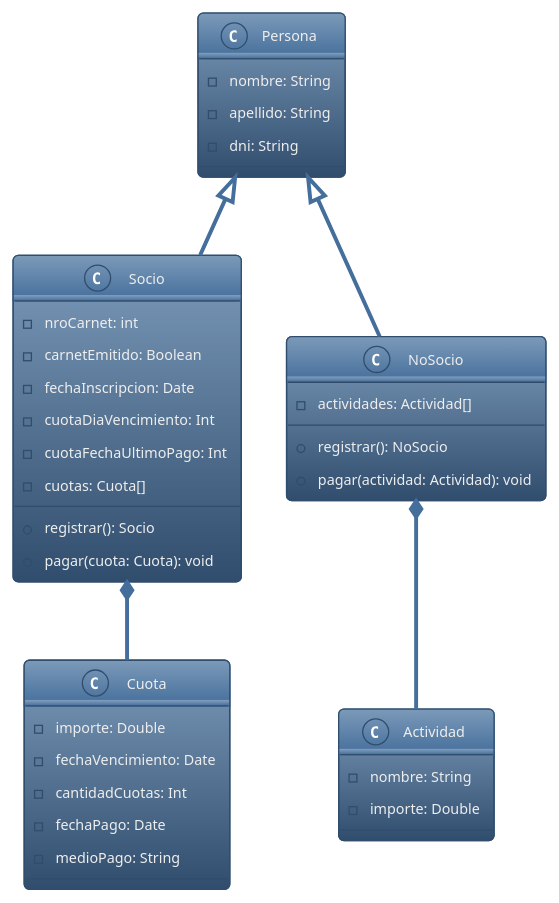
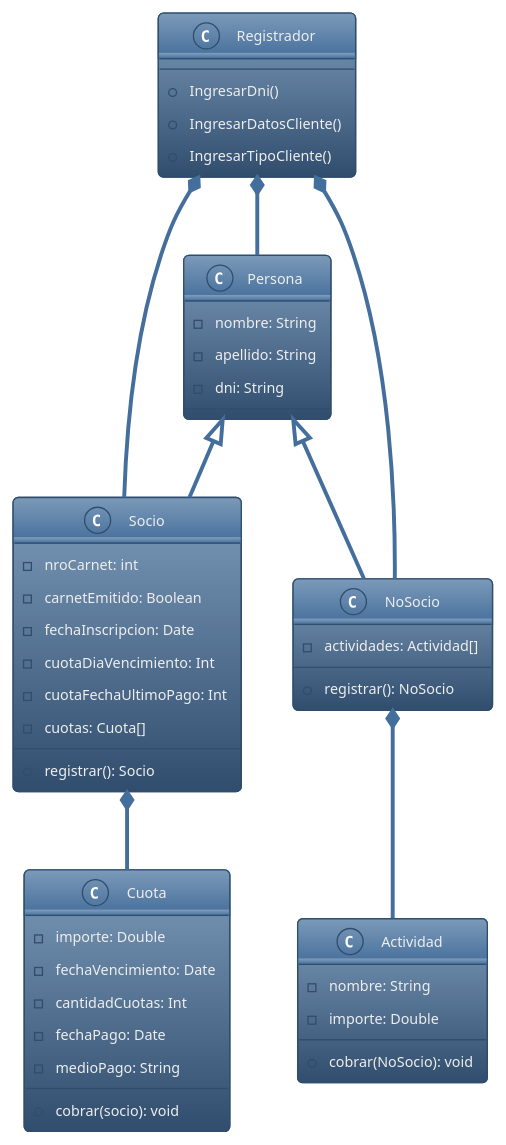
The first of 2 diagrams in tpi/tp-integradoc.adoc (itfs29/2024-modelado), drawn with PlantUML before and after one commit. The commit also changed other lines of this file and 2 other files, not shown here.

```diff
--- a/tpi/tp-integradoc.adoc
+++ b/tpi/tp-integradoc.adoc
@@ -39,52 +39,62 @@
 [plantuml, target=i880841834, svg]
 ....
 @startuml
 
 !theme spacelab
+
+class Registrador {
+    +IngresarDni()
+    +IngresarDatosCliente()
+    +IngresarTipoCliente()
+}
+
+Registrador *-- Persona
+Registrador *-- Socio
+Registrador *-- NoSocio
 
 class Persona {
     -nombre: String
     -apellido: String
     -dni: String
 }
 
 class Socio {
     -nroCarnet: int
     -carnetEmitido: Boolean
     -fechaInscripcion: Date
     -cuotaDiaVencimiento: Int
     -cuotaFechaUltimoPago: Int
     -cuotas: Cuota[]
     +registrar(): Socio
-    +pagar(cuota: Cuota): void
 }
 
 
 class NoSocio {
     -actividades: Actividad[]
     +registrar(): NoSocio
-    +pagar(actividad: Actividad): void
 }
 
 class Actividad {
     -nombre: String
     -importe: Double
+    +cobrar(NoSocio): void
 }
 
 NoSocio *-- Actividad
 
 Persona <|-- Socio
 Persona <|-- NoSocio
 
 class Cuota {
     -importe: Double
     -fechaVencimiento: Date
     -cantidadCuotas: Int
     -fechaPago: Date
     -medioPago: String
+    +cobrar(socio): void
 }
 
 Socio *-- Cuota
 
 @enduml
 ....
```
